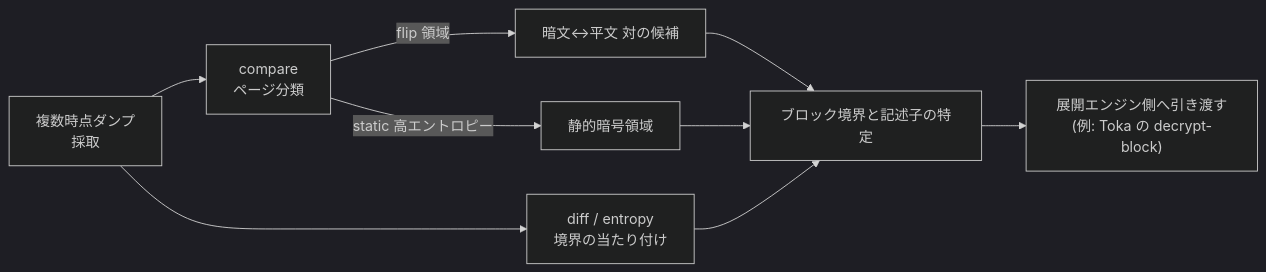
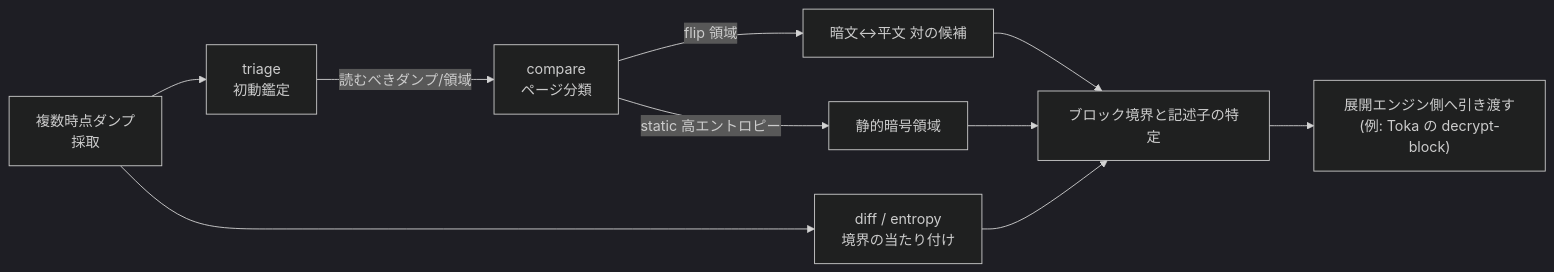
The diagram in README.md (sh-sunfaded/dumpdiff), drawn with Mermaid (dark theme) before and after one commit. The commit also changed other lines of this file and 6 other files, not shown here.

````diff
--- a/README.md
+++ b/README.md
@@ -18,9 +22,10 @@
 ```mermaid
 flowchart LR
-    D[複数時点ダンプ<br/>採取] --> C[compare<br/>ページ分類]
+    D[複数時点ダンプ<br/>採取] --> TR[triage<br/>初動鑑定]
+    TR -->|読むべきダンプ/領域| C[compare<br/>ページ分類]
     C -->|flip 領域| P[暗文↔平文 対の候補]
     C -->|static 高エントロピー| E[静的暗号領域]
     D --> R[diff / entropy<br/>境界の当たり付け]
     P & E & R --> N[ブロック境界と記述子の特定]
     N --> T["展開エンジン側へ引き渡す<br/>(例: Toka の decrypt-block)"]
 ```
````
